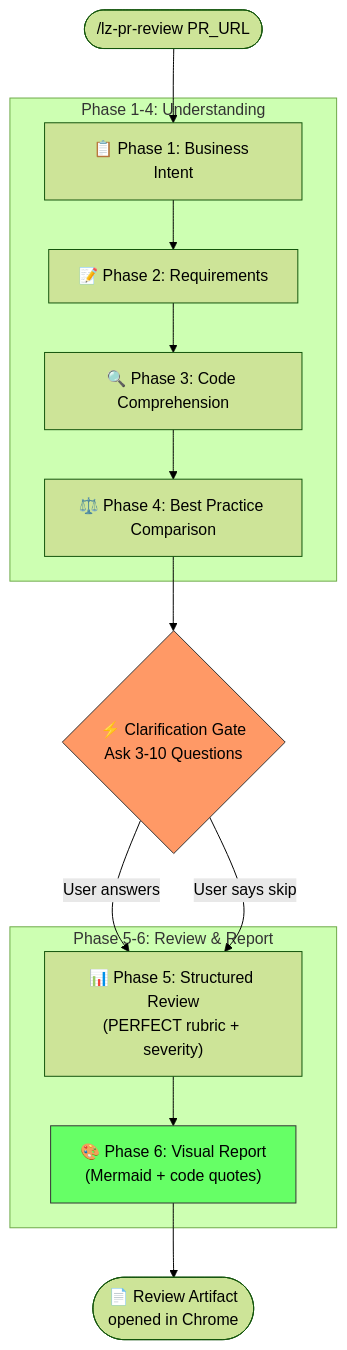
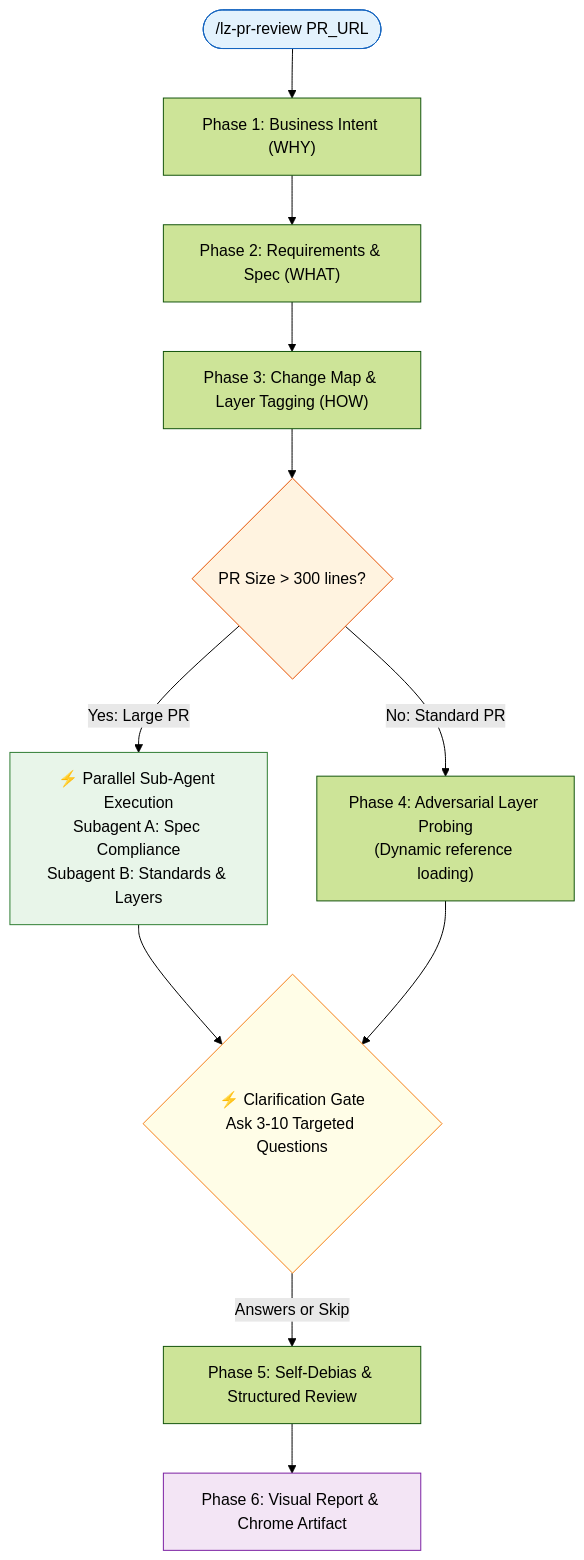
Before and after one commit to lutfi-zain/lz-stacks: the diagram in skills/lz-pr-review/README.md, drawn with Mermaid (forest theme). The commit also changed other lines of this file and 11 other files, not shown here.

First line of the commit message:
Upgrade lz-pr-review to company-grade v2 with modular layers and parallel sub-agents

````diff
--- a/skills/lz-pr-review/README.md
+++ b/skills/lz-pr-review/README.md
@@ -24,28 +23,23 @@
 ```mermaid
-graph TD
-    START(["/lz-pr-review PR_URL"]) --> P1
+flowchart TD
+    START(["/lz-pr-review PR_URL"]) --> P1["Phase 1: Business Intent (WHY)"]
+    P1 --> P2["Phase 2: Requirements & Spec (WHAT)"]
+    P2 --> P3["Phase 3: Change Map & Layer Tagging (HOW)"]
+    P3 --> DISPATCH{"PR Size > 300 lines?"}
 
-    subgraph "Phase 1-4: Understanding"
-        P1["📋 Phase 1: Business Intent"] --> P2
-        P2["📝 Phase 2: Requirements"] --> P3
-        P3["🔍 Phase 3: Code Comprehension"] --> P4
-        P4["⚖️ Phase 4: Best Practice Comparison"]
-    end
+    DISPATCH -->|Yes: Large PR| SUB["⚡ Parallel Sub-Agent Execution<br/>Subagent A: Spec Compliance<br/>Subagent B: Standards & Layers"]
+    DISPATCH -->|No: Standard PR| P4["Phase 4: Adversarial Layer Probing<br/>(Dynamic reference loading)"]
 
+    SUB --> GATE
     P4 --> GATE
 
-    GATE{"⚡ Clarification Gate<br/>Ask 3-10 Questions"}
+    GATE{"⚡ Clarification Gate<br/>Ask 3-10 Targeted Questions"}
+    GATE -->|Answers or Skip| P5["Phase 5: Self-Debias & Structured Review"]
+    P5 --> P6["Phase 6: Visual Report & Chrome Artifact"]
 
-    GATE -->|"User answers"| P5
-    GATE -->|"User says skip"| P5
-
-    subgraph "Phase 5-6: Review & Report"
-        P5["📊 Phase 5: Structured Review<br/>(PERFECT rubric + severity)"] --> P6
-        P6["🎨 Phase 6: Visual Report<br/>(Mermaid + code quotes)"]
-    end
-
-    P6 --> OUTPUT(["📄 Review Artifact<br/>opened in Chrome"])
-
-    style GATE fill:#f96,stroke:#333,color:#000
-    style P6 fill:#6f6,stroke:#333,color:#000
+    style START fill:#e3f2fd,stroke:#1565c0,color:#000
+    style DISPATCH fill:#fff3e0,stroke:#e65100,color:#000
+    style SUB fill:#e8f5e9,stroke:#2e7d32,color:#000
+    style GATE fill:#fffde7,stroke:#f57f17,color:#000
+    style P6 fill:#f3e5f5,stroke:#7b1fa2,color:#000
 ```
````
